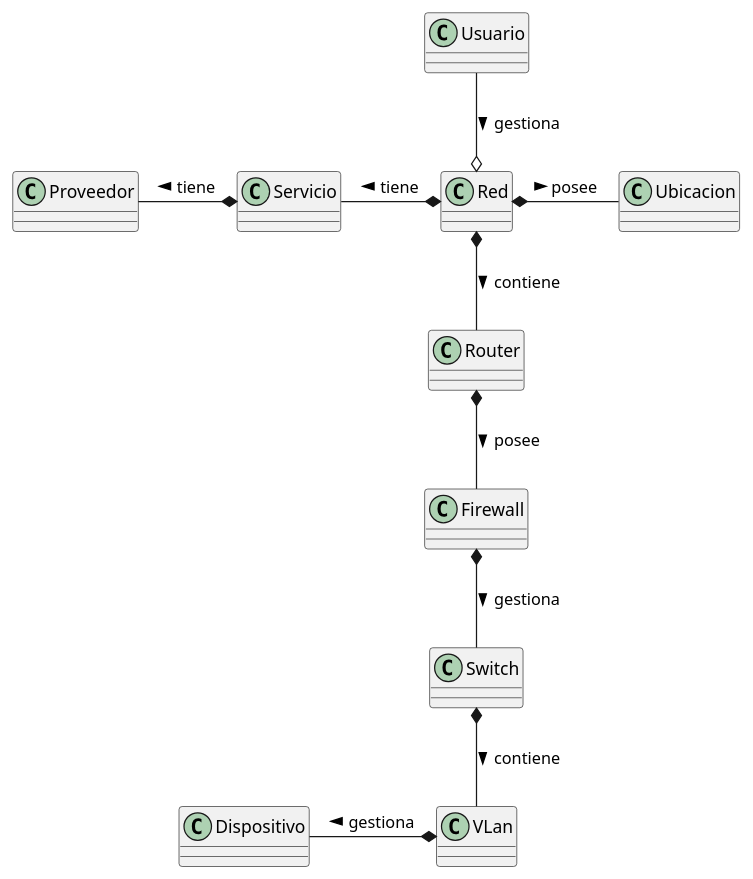
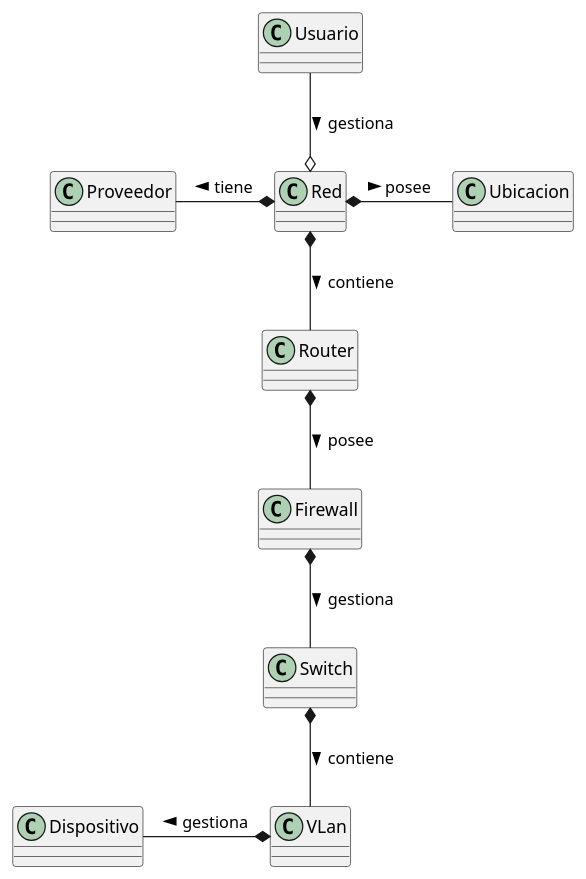
Before and after one commit to mmasias/IdSw1-22-23: the diagram in 000-entregas/modeloDeDominio/ModeloDominio.plantuml, drawn with PlantUML. The commit also changed 26 other files, not shown here.

Commit message:
Mockups y actualizacion de diagramas

```diff
--- a/000-entregas/modeloDeDominio/ModeloDominio.plantuml
+++ b/000-entregas/modeloDeDominio/ModeloDominio.plantuml
@@ -1,27 +1,25 @@
 @startuml ModeloDeDominio
 class Usuario
 class Red
 class Router
 class Ubicacion
 class Firewall
 class Switch
 class Dispositivo
-class Servicio
 
 Usuario --o Red : gestiona >
 
 
 Red *-r- Ubicacion : posee >
 Red *-- Router : contiene >
 
-Red *-l- Servicio : tiene >
-Servicio *-l- Proveedor : tiene >
+Red *-l- Proveedor : tiene >
 
 Router *-- Firewall : posee >
 Firewall *-- Switch : gestiona >
 
 Switch *-- VLan : contiene >
 VLan *-l- Dispositivo : gestiona >
 
 
 @enduml
```
